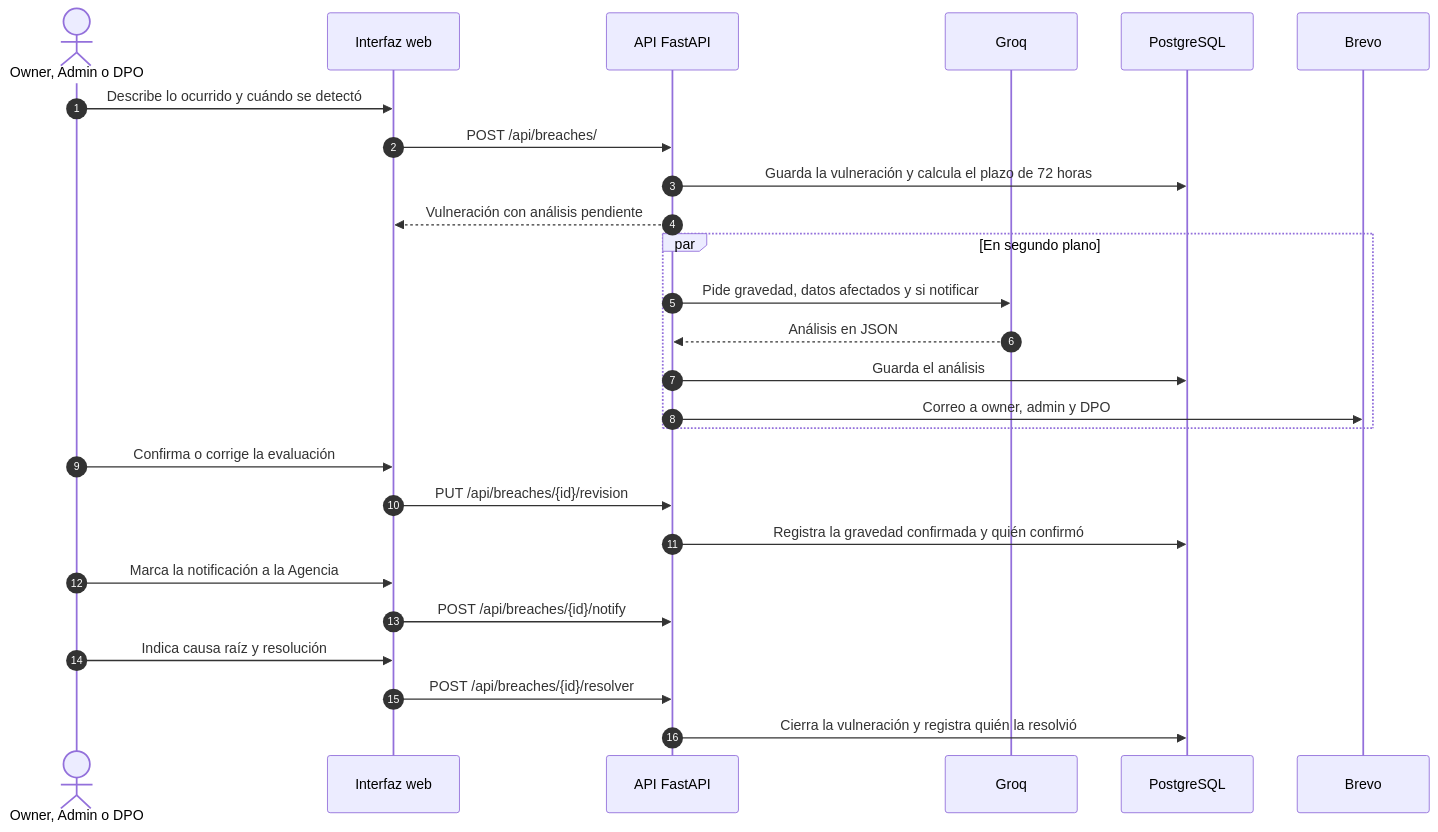
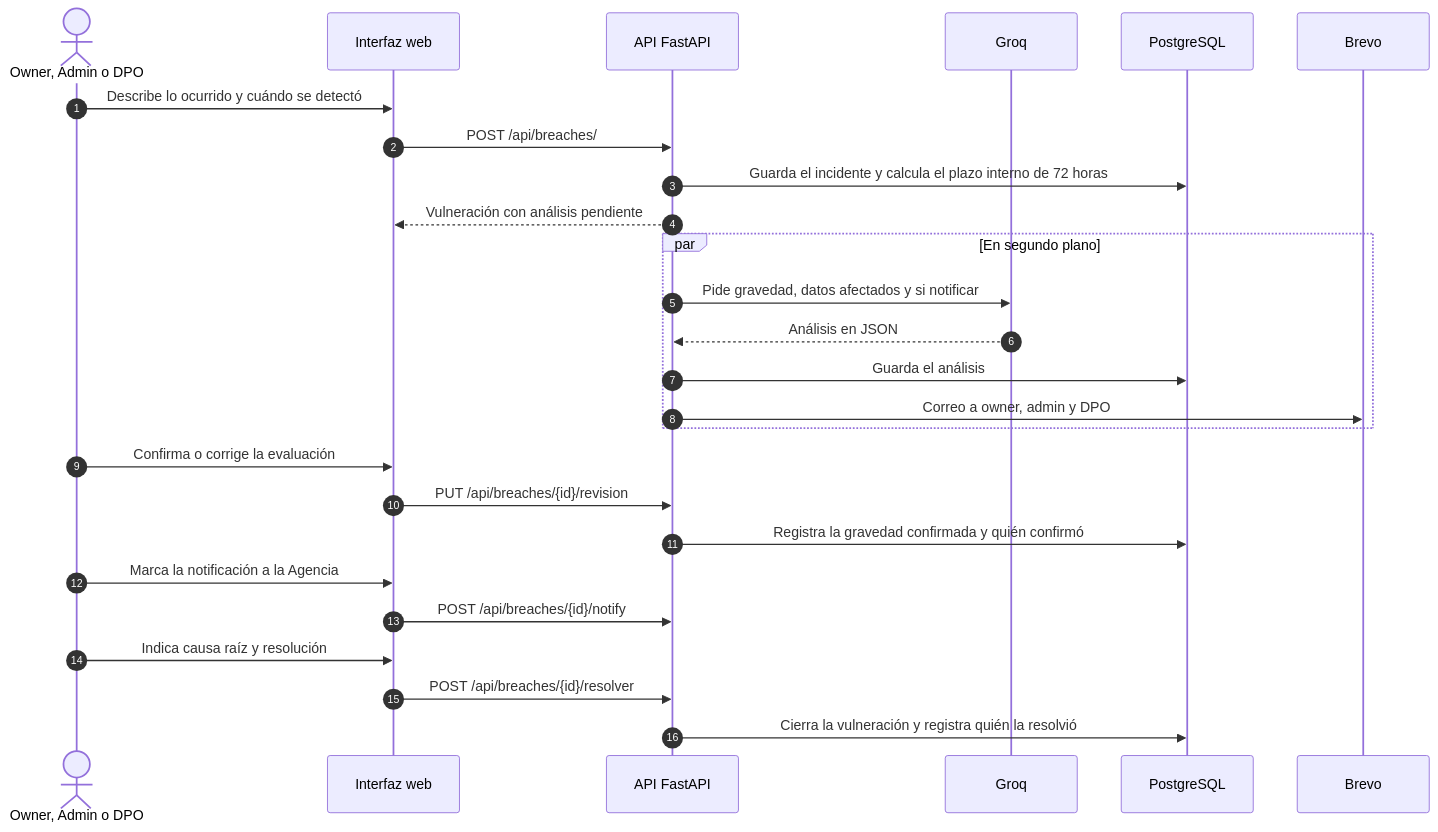
One commit to DiegoBenavidesA/Dani-ISO27001 changed the fifth of 6 diagrams in docs/tecnico/Documento_de_Diseno.md. Above: the diagram before and after it, drawn with Mermaid. The commit also changed other lines of this file and 5 other files, not shown here.

Commit message:
docs: incidentes de seguridad para ISO 27001 y Ley 21.719, plazo interno de 72 h (la ley exige reportar sin dilaciones indebidas), PB-35 y decisiones D17 y D18

````diff
--- a/docs/tecnico/Documento_de_Diseno.md
+++ b/docs/tecnico/Documento_de_Diseno.md
@@ -282,28 +284,28 @@
 ```mermaid
 sequenceDiagram
     autonumber
     actor R as Owner, Admin o DPO
     participant FE as Interfaz web
     participant API as API FastAPI
     participant LLM as Groq
     participant DB as PostgreSQL
     participant M as Brevo
     R->>FE: Describe lo ocurrido y cuándo se detectó
     FE->>API: POST /api/breaches/
-    API->>DB: Guarda la vulneración y calcula el plazo de 72 horas
+    API->>DB: Guarda el incidente y calcula el plazo interno de 72 horas
     API-->>FE: Vulneración con análisis pendiente
     par En segundo plano
         API->>LLM: Pide gravedad, datos afectados y si notificar
         LLM-->>API: Análisis en JSON
         API->>DB: Guarda el análisis
         API->>M: Correo a owner, admin y DPO
     end
     R->>FE: Confirma o corrige la evaluación
     FE->>API: PUT /api/breaches/{id}/revision
     API->>DB: Registra la gravedad confirmada y quién confirmó
     R->>FE: Marca la notificación a la Agencia
     FE->>API: POST /api/breaches/{id}/notify
     R->>FE: Indica causa raíz y resolución
     FE->>API: POST /api/breaches/{id}/resolver
     API->>DB: Cierra la vulneración y registra quién la resolvió
 ```
````
